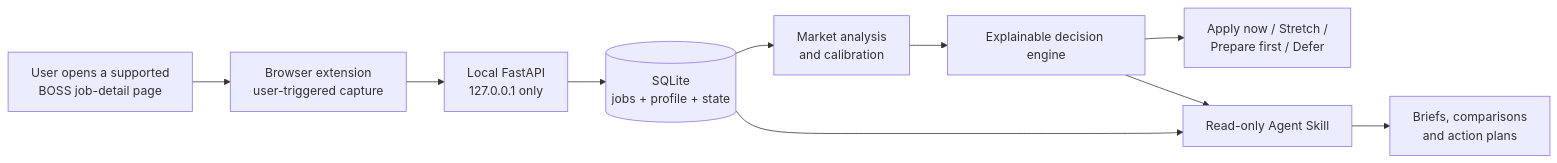
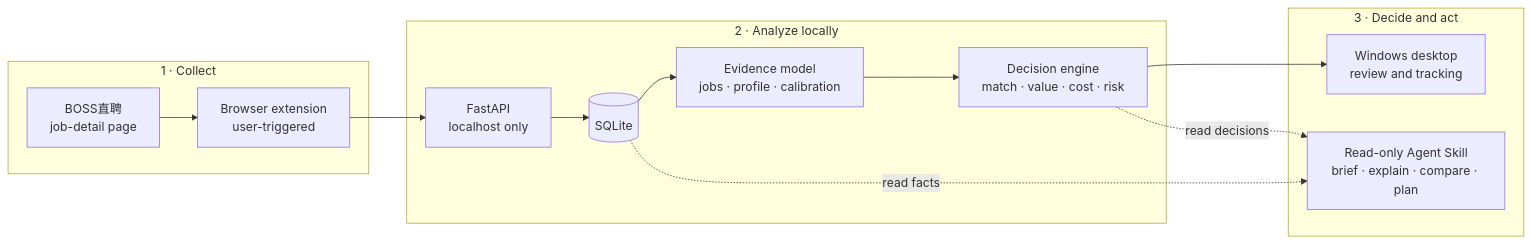
The diagram in README.md (Xixiaogu/job-market-reality-check), drawn with Mermaid before and after one commit. The commit also changed other lines of this file, not shown here.

Commit message:
docs: clarify product scope and workflow (#5)

````diff
--- a/README.md
+++ b/README.md
@@ -41,12 +55,26 @@
 ```mermaid
 flowchart LR
-    A["User opens a supported<br/>BOSS job-detail page"] --> B["Browser extension<br/>user-triggered capture"]
-    B --> C["Local FastAPI<br/>127.0.0.1 only"]
-    C --> D[("SQLite<br/>jobs + profile + state")]
-    D --> E["Market analysis<br/>and calibration"]
-    E --> F["Explainable decision engine"]
-    F --> G["Apply now / Stretch /<br/>Prepare first / Defer"]
-    D --> H["Read-only Agent Skill"]
-    F --> H
-    H --> I["Briefs, comparisons<br/>and action plans"]
+    subgraph Collect["1 · Collect"]
+        A["BOSS直聘<br/>job-detail page"]
+        B["Browser extension<br/>user-triggered"]
+        A --> B
+    end
+
+    subgraph Local["2 · Analyze locally"]
+        C["FastAPI<br/>localhost only"]
+        D[("SQLite")]
+        E["Evidence model<br/>jobs · profile · calibration"]
+        F["Decision engine<br/>match · value · cost · risk"]
+        C --> D --> E --> F
+    end
+
+    subgraph Act["3 · Decide and act"]
+        G["Windows desktop<br/>review and tracking"]
+        H["Read-only Agent Skill<br/>brief · explain · compare · plan"]
+    end
+
+    B --> C
+    F --> G
+    D -. "read facts" .-> H
+    F -. "read decisions" .-> H
 ```
````
